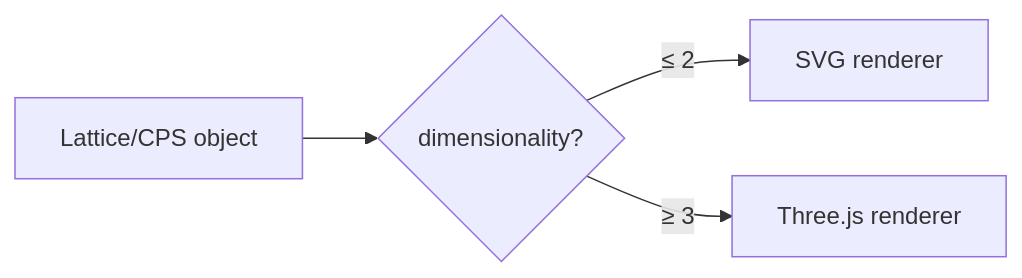
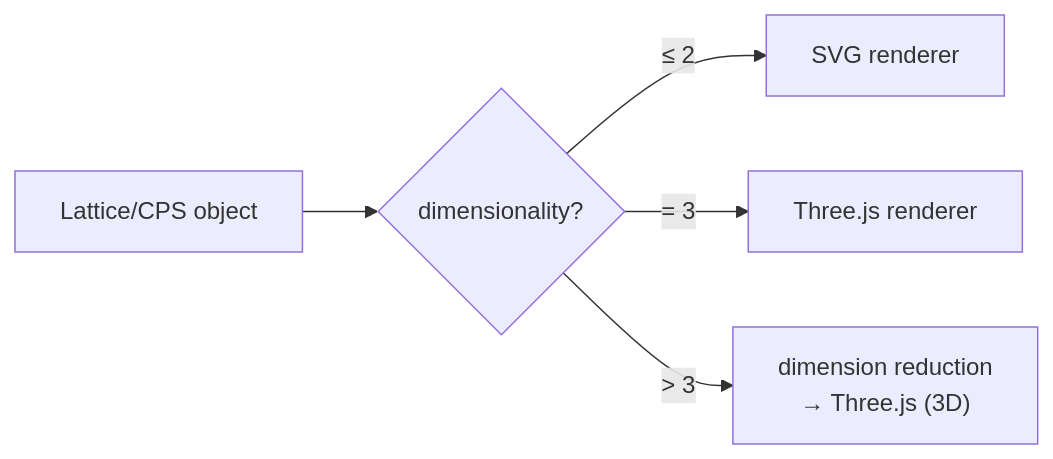
Before and after one commit to kr4g/Klotho: the third of 4 diagrams in docs/architecture/06_SEMEIOS.md, drawn with Mermaid. The commit also changed other lines of this file and 14 other files, not shown here.

First line of the commit message:
Refresh architecture docs and Sphinx index for 10.x API (10.11.1)

````diff
--- a/docs/architecture/06_SEMEIOS.md
+++ b/docs/architecture/06_SEMEIOS.md
@@ -192,6 +197,7 @@
 ```mermaid
 flowchart LR
     OBJ["Lattice/CPS object"] --> DIM{"dimensionality?"}
     DIM -->|"≤ 2"| SVG["SVG renderer"]
-    DIM -->|"≥ 3"| THREE["Three.js renderer"]
+    DIM -->|"= 3"| THREE["Three.js renderer"]
+    DIM -->|"> 3"| RED["dimension reduction<br/>→ Three.js (3D)"]
 ```
````
